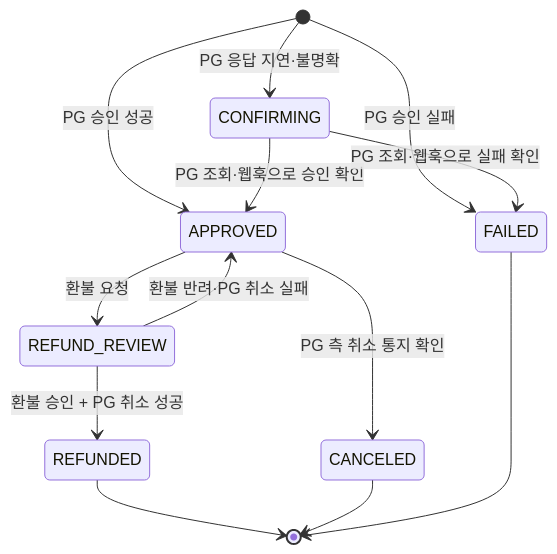
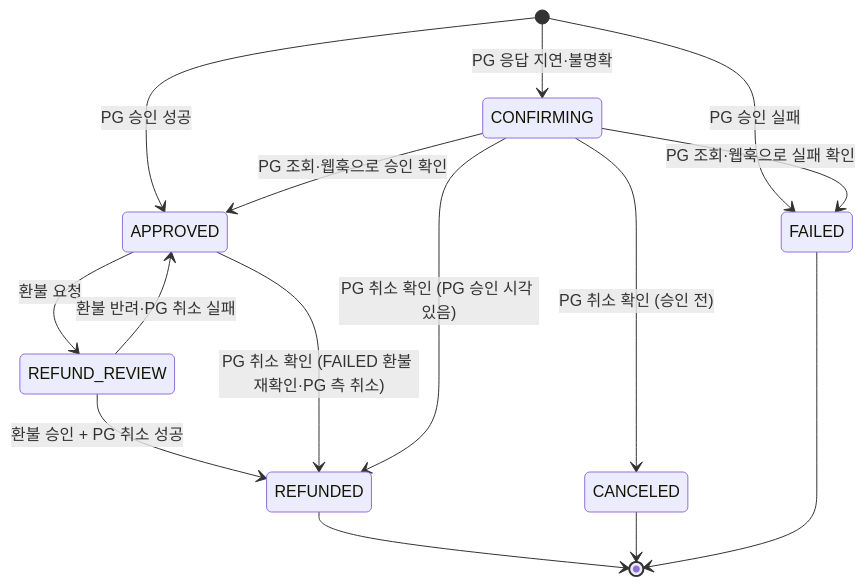
Before and after one commit to SKNETWORKS-FAMILY-AICAMP/SKN34-FINAL-3TEAM: diagram 18 of 24 in docs/design/state-diagram.md, drawn with Mermaid. The commit also changed other lines of this file and 2 other files, not shown here.

````diff
--- a/docs/design/state-diagram.md
+++ b/docs/design/state-diagram.md
@@ -531,15 +532,17 @@
 ```mermaid
 stateDiagram-v2
   [*] --> APPROVED: PG 승인 성공
   [*] --> CONFIRMING: PG 응답 지연·불명확
   [*] --> FAILED: PG 승인 실패
   CONFIRMING --> APPROVED: PG 조회·웹훅으로 승인 확인
   CONFIRMING --> FAILED: PG 조회·웹훅으로 실패 확인
   APPROVED --> REFUND_REVIEW: 환불 요청
   REFUND_REVIEW --> REFUNDED: 환불 승인 + PG 취소 성공
   REFUND_REVIEW --> APPROVED: 환불 반려·PG 취소 실패
-  APPROVED --> CANCELED: PG 측 취소 통지 확인
+  APPROVED --> REFUNDED: PG 취소 확인 (FAILED 환불 재확인·PG 측 취소)
+  CONFIRMING --> REFUNDED: PG 취소 확인 (PG 승인 시각 있음)
+  CONFIRMING --> CANCELED: PG 취소 확인 (승인 전)
   REFUNDED --> [*]
   CANCELED --> [*]
   FAILED --> [*]
 ```
````
